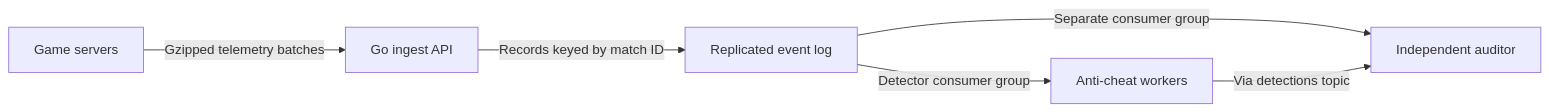
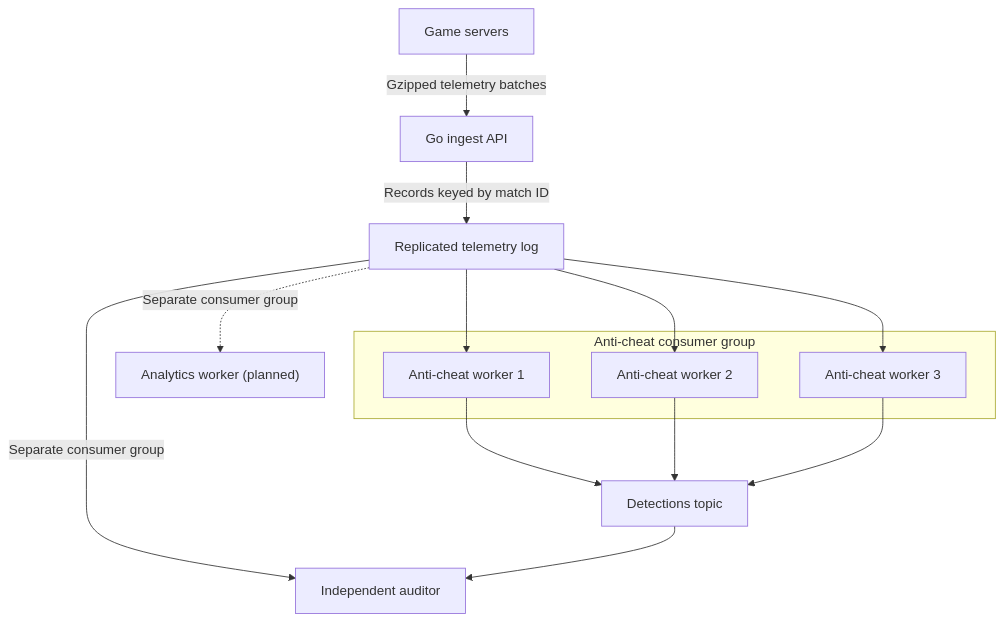
Before and after one commit to MoustAhmed/GameSense-C: the diagram in README.md, drawn with Mermaid.

````diff
--- a/README.md
+++ b/README.md
@@ -11,8 +11,17 @@
 ```mermaid
-flowchart LR
+flowchart TB
     Sim["Game servers"] -->|"Gzipped telemetry batches"| Ingest["Go ingest API"]
-    Ingest -->|"Records keyed by match ID"| Log["Replicated event log"]
-    Log -->|"Detector consumer group"| Worker["Anti-cheat workers"]
+    Ingest -->|"Records keyed by match ID"| Log["Replicated telemetry log"]
+
+    subgraph Detectors["Anti-cheat consumer group"]
+        W1["Anti-cheat worker 1"]
+        W2["Anti-cheat worker 2"]
+        W3["Anti-cheat worker 3"]
+    end
+
+    Log --> W1 & W2 & W3
+    W1 & W2 & W3 --> Results["Detections topic"]
     Log -->|"Separate consumer group"| Audit["Independent auditor"]
-    Worker -->|"Via detections topic"| Audit
+    Results --> Audit
+    Log -. Separate consumer group .-> Analytics["Analytics worker (planned)"]
 ```
````
